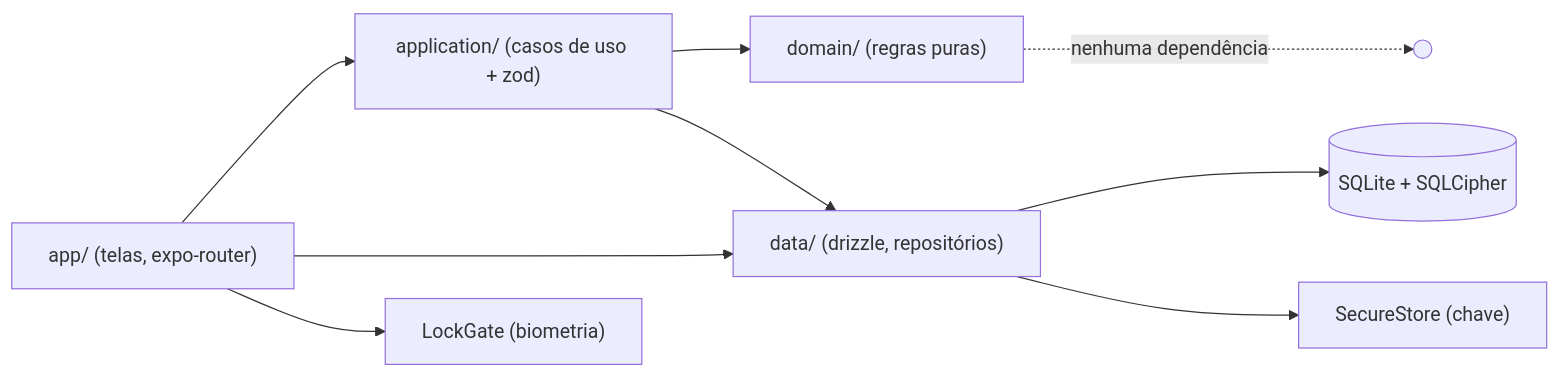
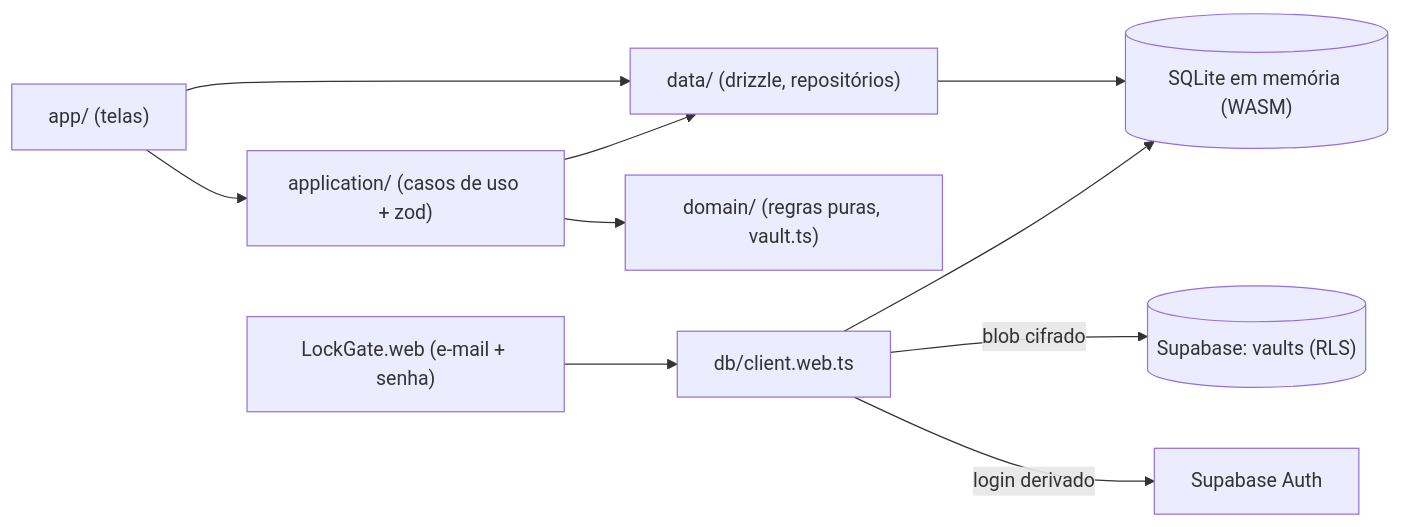
Before and after one commit to andrea-brito/appBank: the first of 3 diagrams in docs/ARCHITECTURE.md, drawn with Mermaid. The commit also changed other lines of this file and 2 other files, not shown here.

First line of the commit message:
docs: documentacao da versao web e analise de seguranca

````diff
--- a/docs/ARCHITECTURE.md
+++ b/docs/ARCHITECTURE.md
@@ -33,11 +38,12 @@
 ```mermaid
 flowchart LR
-  UI["app/ (telas, expo-router)"] --> APP["application/ (casos de uso + zod)"]
+  UI["app/ (telas)"] --> APP["application/ (casos de uso + zod)"]
   UI --> DATA
-  APP --> DOMAIN["domain/ (regras puras)"]
+  APP --> DOMAIN["domain/ (regras puras, vault.ts)"]
   APP --> DATA["data/ (drizzle, repositórios)"]
-  DATA --> DB[("SQLite + SQLCipher")]
-  DATA --> KEY["SecureStore (chave)"]
-  UI --> LOCK["LockGate (biometria)"]
-  DOMAIN -.->|"nenhuma dependência"| X(( ))
+  DATA --> MEM[("SQLite em memória (WASM)")]
+  LOCK["LockGate.web (e-mail + senha)"] --> CLIENT["db/client.web.ts"]
+  CLIENT --> MEM
+  CLIENT -->|"blob cifrado"| SB[("Supabase: vaults (RLS)")]
+  CLIENT -->|"login derivado"| AUTH["Supabase Auth"]
 ```
````
